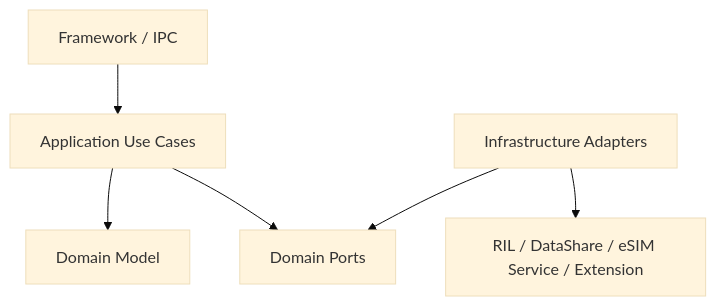
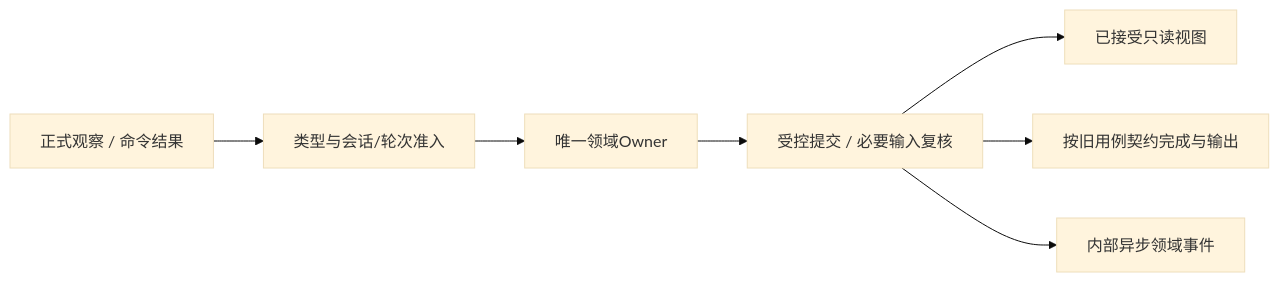
The second of 2 diagrams in telephony_core_service/docs/MultiSIM/04_ddd_target_architecture.md (zjuluowu/multisim), drawn with Mermaid (base theme) before and after one commit. The commit also changed other lines of this file and 67 other files, not shown here.

Commit message:
docs(sim): unify architecture design and Linux test documentation

````diff
--- a/telephony_core_service/docs/MultiSIM/04_ddd_target_architecture.md
+++ b/telephony_core_service/docs/MultiSIM/04_ddd_target_architecture.md
@@ -2012,15 +55,9 @@
 ```mermaid
-flowchart TB
-    API[Framework / IPC]
-    APP[Application Use Cases]
-    DOMAIN[Domain Model]
-    PORTS[Domain Ports]
-    ADAPTERS[Infrastructure Adapters]
-    EXTERNAL[RIL / DataShare / eSIM Service / Extension]
-
-    API --> APP
-    APP --> DOMAIN
-    APP --> PORTS
-    ADAPTERS --> PORTS
-    ADAPTERS --> EXTERNAL
+flowchart LR
+    In[正式观察 / 命令结果] --> Gate[类型与会话/轮次准入]
+    Gate --> Owner[唯一领域Owner]
+    Owner --> Commit[受控提交 / 必要输入复核]
+    Commit --> Snapshot[已接受只读视图]
+    Commit --> Output[按旧用例契约完成与输出]
+    Commit --> Event[内部异步领域事件]
 ```
````
